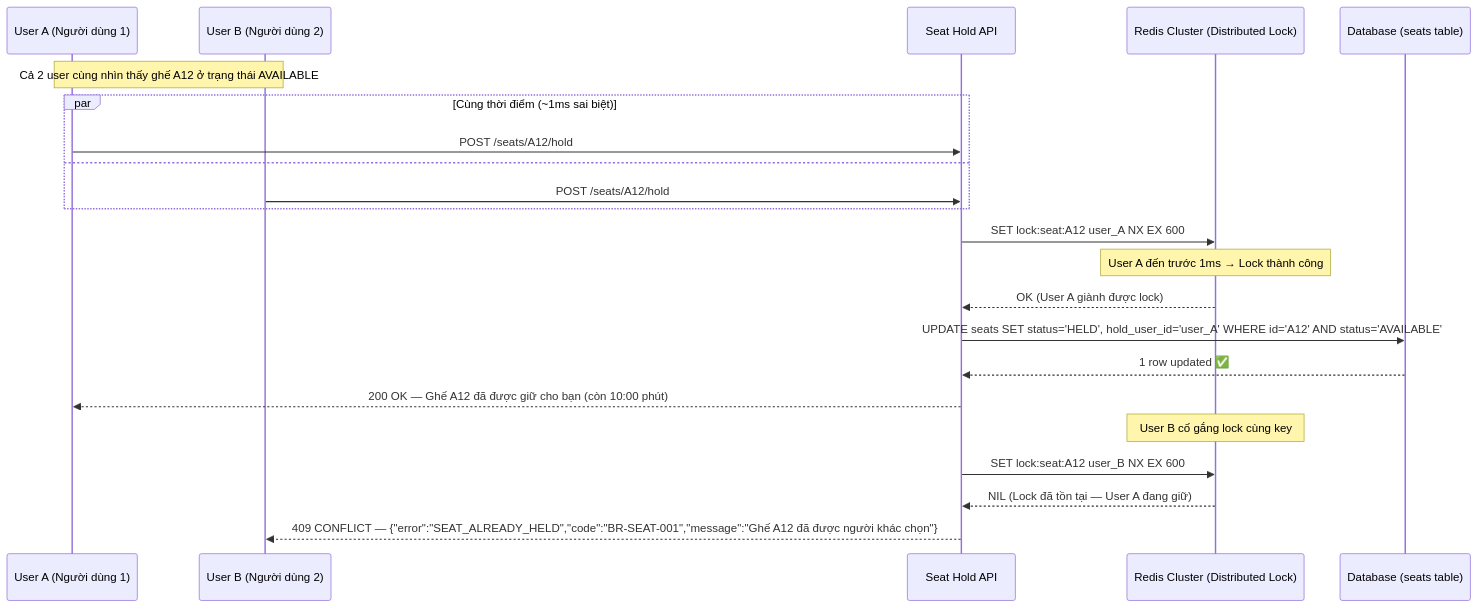
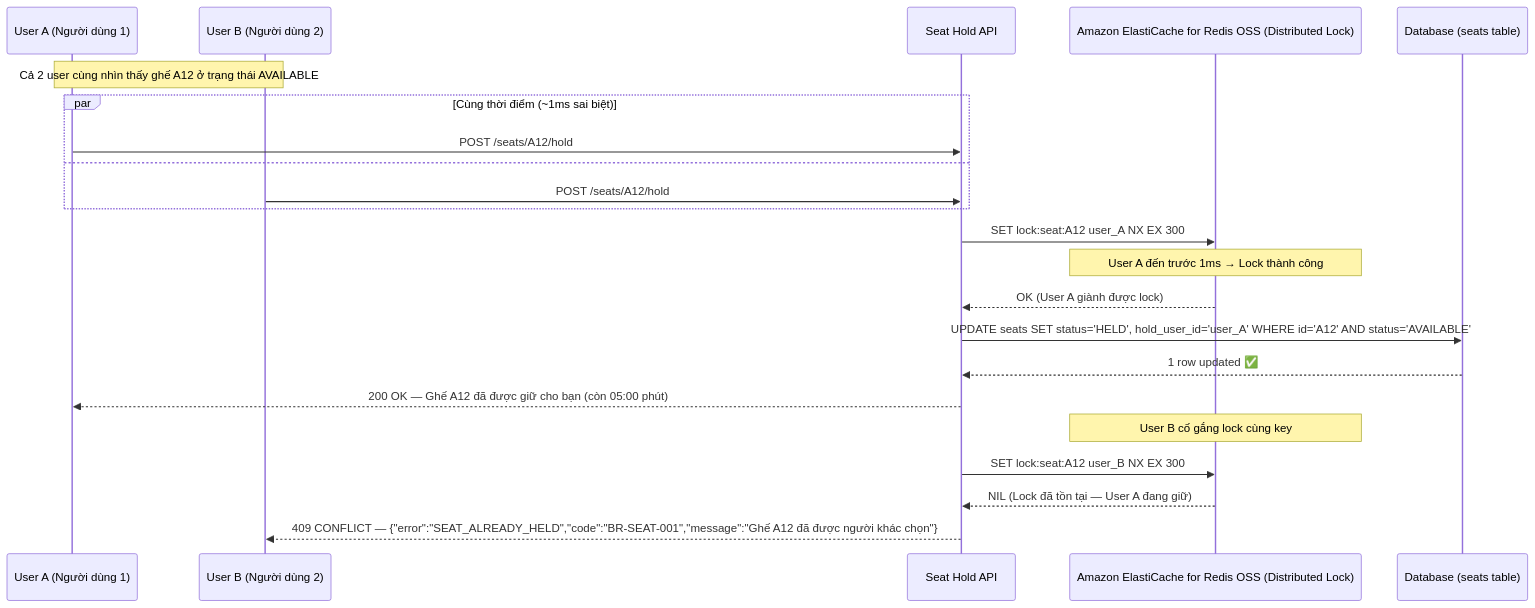
One commit to toanteng11/concert-ticketing-docs changed the second of 3 diagrams in business-analysis/02_State_Machines_And_Workflows/01_State_Machines/SM02_Seat_State.md. Above: the diagram before and after it, drawn with Mermaid. The commit also changed other lines of this file and 43 other files, not shown here.

````diff
--- a/business-analysis/02_State_Machines_And_Workflows/01_State_Machines/SM02_Seat_State.md
+++ b/business-analysis/02_State_Machines_And_Workflows/01_State_Machines/SM02_Seat_State.md
@@ -67,29 +67,29 @@
 ```mermaid
 sequenceDiagram
     participant U1 as User A (Người dùng 1)
     participant U2 as User B (Người dùng 2)
     participant API as Seat Hold API
-    participant Redis as Redis Cluster (Distributed Lock)
+    participant Redis as Amazon ElastiCache for Redis OSS (Distributed Lock)
     participant DB as Database (seats table)
 
     Note over U1,U2: Cả 2 user cùng nhìn thấy ghế A12 ở trạng thái AVAILABLE
     par Cùng thời điểm (~1ms sai biệt)
         U1->>API: POST /seats/A12/hold
     and
         U2->>API: POST /seats/A12/hold
     end
 
-    API->>Redis: SET lock:seat:A12 user_A NX EX 600
+    API->>Redis: SET lock:seat:A12 user_A NX EX 300
     Note over Redis: User A đến trước 1ms → Lock thành công
     Redis-->>API: OK (User A giành được lock)
 
     API->>DB: UPDATE seats SET status='HELD', hold_user_id='user_A' WHERE id='A12' AND status='AVAILABLE'
     DB-->>API: 1 row updated ✅
 
-    API-->>U1: 200 OK — Ghế A12 đã được giữ cho bạn (còn 10:00 phút)
+    API-->>U1: 200 OK — Ghế A12 đã được giữ cho bạn (còn 05:00 phút)
 
     Note over Redis: User B cố gắng lock cùng key
-    API->>Redis: SET lock:seat:A12 user_B NX EX 600
+    API->>Redis: SET lock:seat:A12 user_B NX EX 300
     Redis-->>API: NIL (Lock đã tồn tại — User A đang giữ)
     API-->>U2: 409 CONFLICT — {"error":"SEAT_ALREADY_HELD","code":"BR-SEAT-001","message":"Ghế A12 đã được người khác chọn"}
 ```
````
